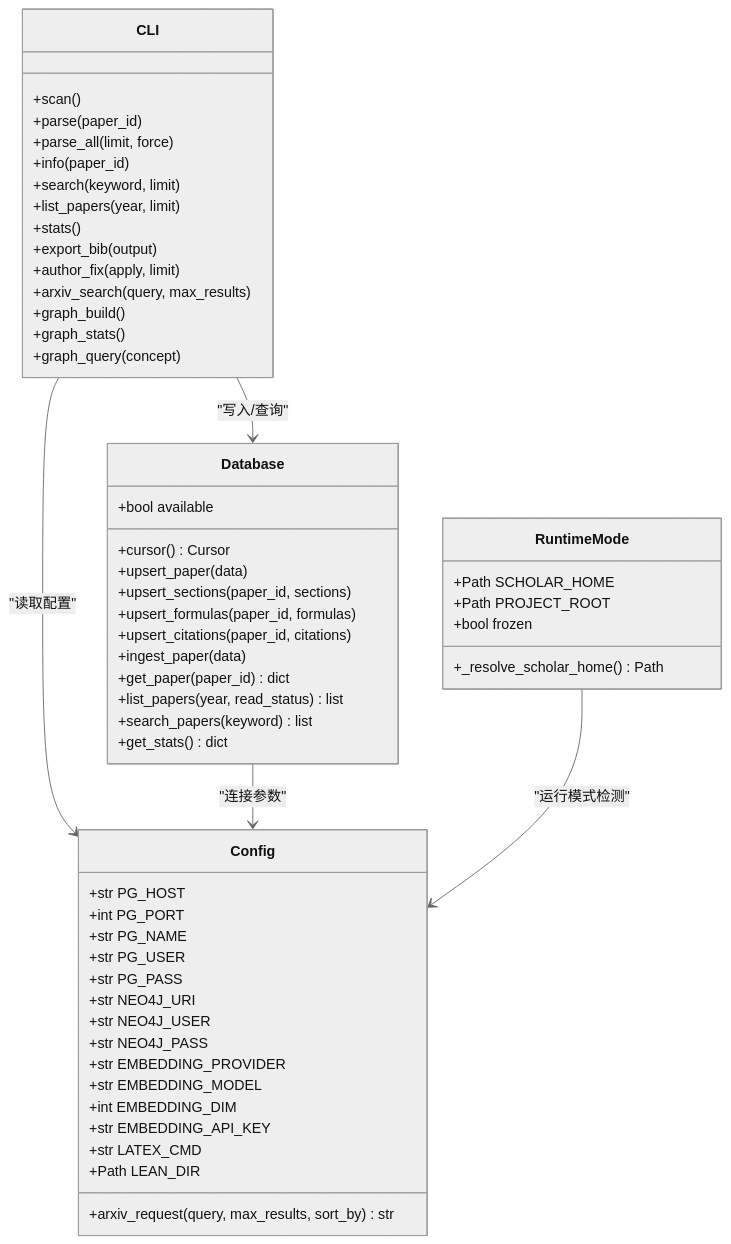
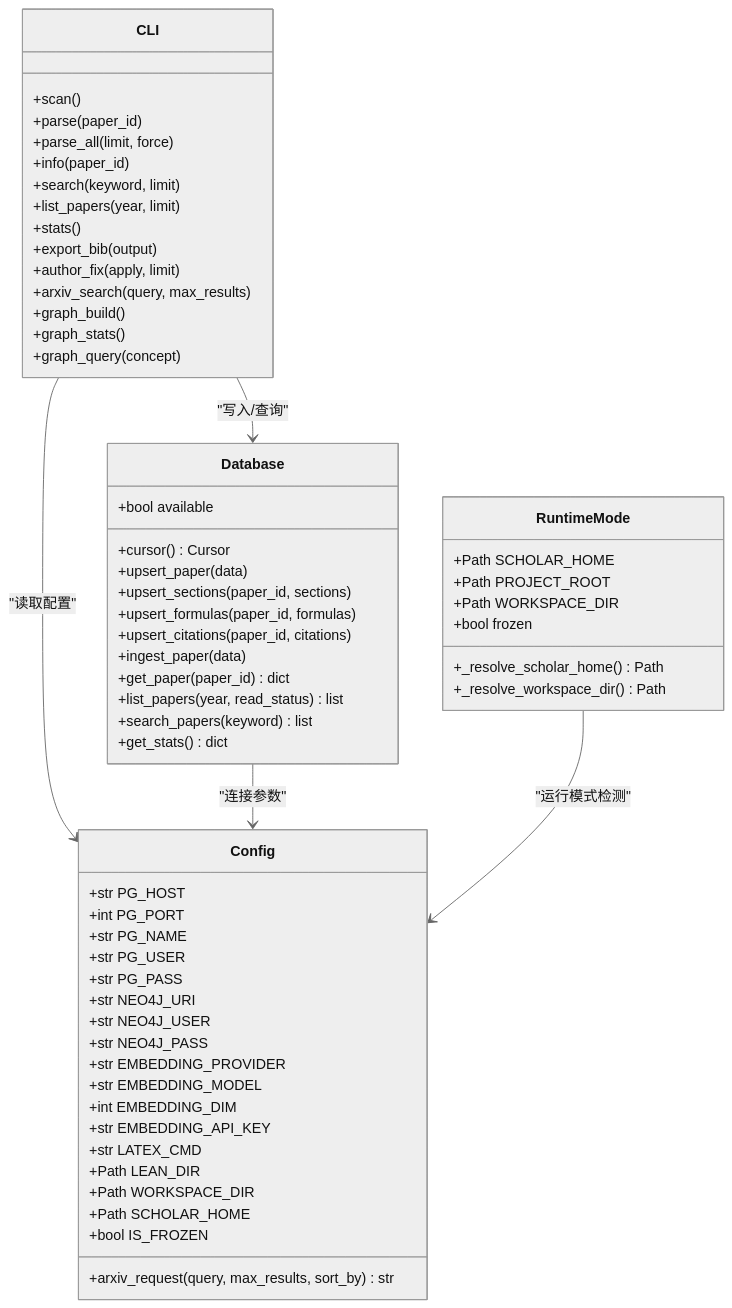
Before and after one commit to 1173591564/academic-based-qoder: the sixth of 10 diagrams in .qoder/repowiki/zh/content/部署与运维/部署与运维.md, drawn with Mermaid (neutral theme). The commit also changed other lines of this file and 75 other files, not shown here.

````diff
--- a/.qoder/repowiki/zh/content/部署与运维/部署与运维.md
+++ b/.qoder/repowiki/zh/content/部署与运维/部署与运维.md
@@ -368,58 +457,63 @@
 ```mermaid
 classDiagram
 class Database {
 +bool available
 +cursor() Cursor
 +upsert_paper(data)
 +upsert_sections(paper_id, sections)
 +upsert_formulas(paper_id, formulas)
 +upsert_citations(paper_id, citations)
 +ingest_paper(data)
 +get_paper(paper_id) dict
 +list_papers(year, read_status) list
 +search_papers(keyword) list
 +get_stats() dict
 }
 class Config {
 +str PG_HOST
 +int PG_PORT
 +str PG_NAME
 +str PG_USER
 +str PG_PASS
 +str NEO4J_URI
 +str NEO4J_USER
 +str NEO4J_PASS
 +str EMBEDDING_PROVIDER
 +str EMBEDDING_MODEL
 +int EMBEDDING_DIM
 +str EMBEDDING_API_KEY
 +str LATEX_CMD
 +Path LEAN_DIR
++Path WORKSPACE_DIR
++Path SCHOLAR_HOME
++bool IS_FROZEN
 +arxiv_request(query, max_results, sort_by) str
 }
 class CLI {
 +scan()
 +parse(paper_id)
 +parse_all(limit, force)
 +info(paper_id)
 +search(keyword, limit)
 +list_papers(year, limit)
 +stats()
 +export_bib(output)
 +author_fix(apply, limit)
 +arxiv_search(query, max_results)
 +graph_build()
 +graph_stats()
 +graph_query(concept)
 }
 class RuntimeMode {
 +Path SCHOLAR_HOME
 +Path PROJECT_ROOT
++Path WORKSPACE_DIR
 +bool frozen
 +_resolve_scholar_home() Path
++_resolve_workspace_dir() Path
 }
 CLI --> Config : "读取配置"
 CLI --> Database : "写入/查询"
 Database --> Config : "连接参数"
 RuntimeMode --> Config : "运行模式检测"
 ```
````
